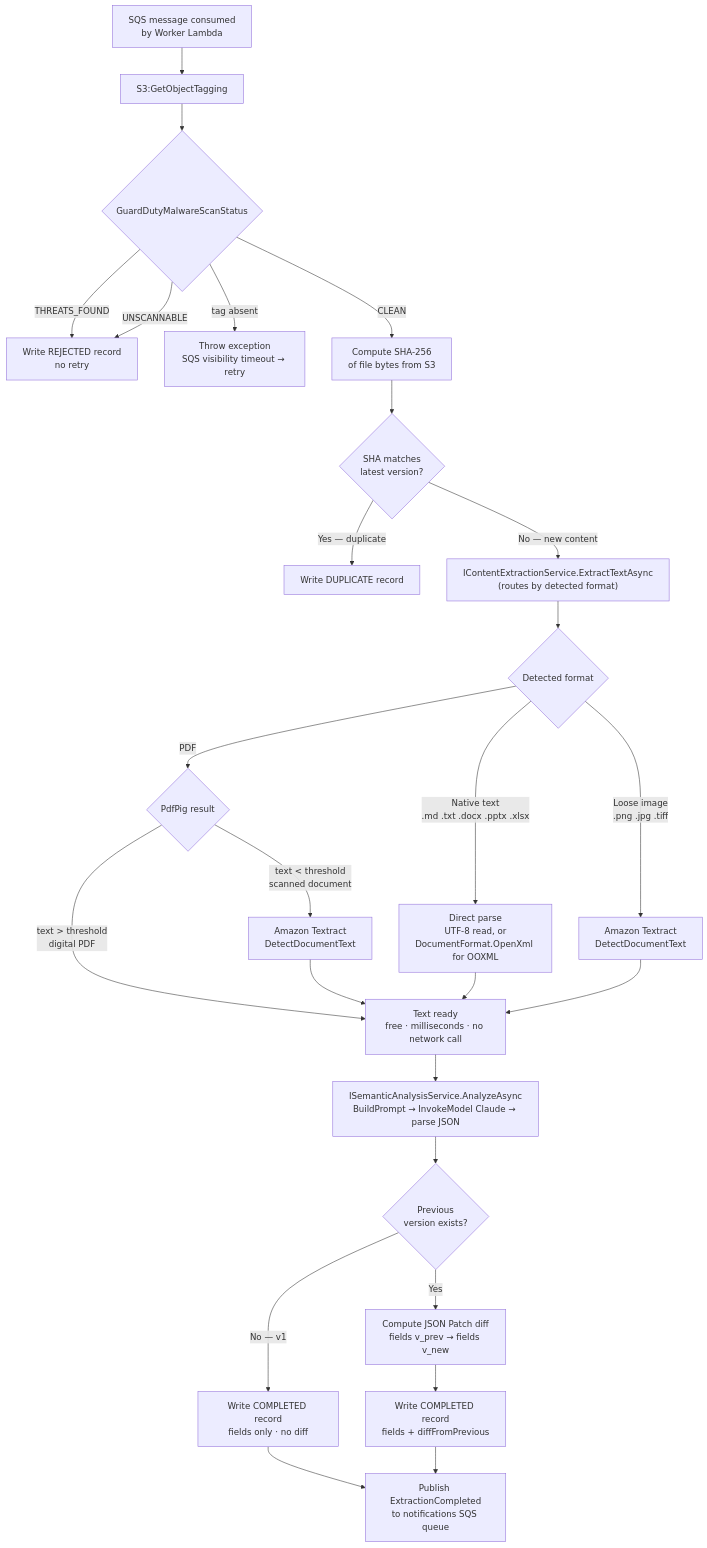
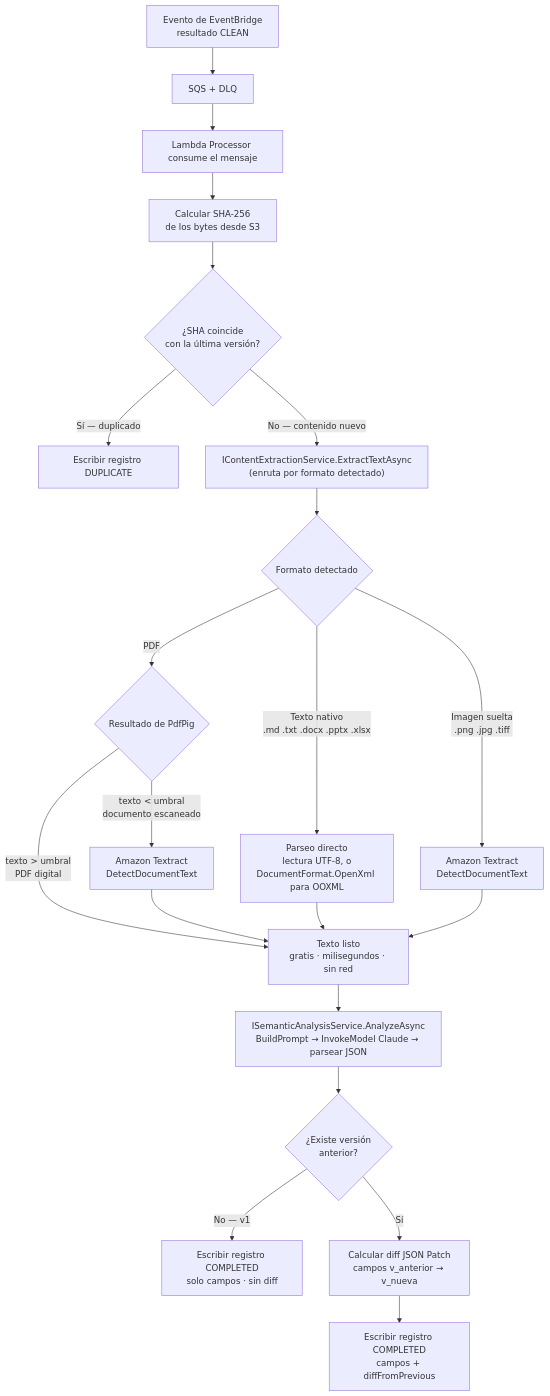
One commit to cincuentaydos/DocLens.Docs changed the fourth of 6 diagrams in docs/data-flow.md. Above: the diagram before and after it, drawn with Mermaid. The commit also changed other lines of this file and 25 other files, not shown here.

````diff
--- a/docs/data-flow.md
+++ b/docs/data-flow.md
@@ -117,34 +99,28 @@
 ```mermaid
 flowchart TD
-    A["SQS message consumed\nby Worker Lambda"] --> B["S3:GetObjectTagging"]
-    B --> C{GuardDutyMalwareScanStatus}
+    A["Evento de EventBridge\nresultado CLEAN"] --> B["SQS + DLQ"]
+    B --> C["Lambda Processor consume el mensaje"]
+    C --> D["Calcular SHA-256\nde los bytes desde S3"]
+    D --> E{"¿SHA coincide\ncon la última versión?"}
+    E -->|Sí — duplicado| F["Escribir registro DUPLICATE"]
+    E -->|No — contenido nuevo| G["IContentExtractionService.ExtractTextAsync\n(enruta por formato detectado)"]
 
-    C -->|THREATS_FOUND| D["Write REJECTED record\nno retry"]
-    C -->|UNSCANNABLE| D
-    C -->|tag absent| E["Throw exception\nSQS visibility timeout → retry"]
-    C -->|CLEAN| F["Compute SHA-256\nof file bytes from S3"]
-    F --> G{SHA matches\nlatest version?}
-    G -->|Yes — duplicate| H["Write DUPLICATE record"]
-    G -->|No — new content| I["IContentExtractionService.ExtractTextAsync\n(routes by detected format)"]
+    G --> G2{"Formato detectado"}
 
-    I --> I2{Detected format}
+    G2 -->|PDF| H{"Resultado de PdfPig"}
+    H -->|"texto > umbral\nPDF digital"| I["Texto listo\ngratis · milisegundos · sin red"]
+    H -->|"texto < umbral\ndocumento escaneado"| J["Amazon Textract\nDetectDocumentText"]
+    J --> I
 
-    I2 -->|PDF| J{PdfPig result}
-    J -->|"text > threshold\ndigital PDF"| K["Text ready\nfree · milliseconds · no network call"]
-    J -->|"text < threshold\nscanned document"| L["Amazon Textract\nDetectDocumentText"]
-    L --> K
+    G2 -->|"Texto nativo\n.md .txt .docx .pptx .xlsx"| K["Parseo directo\nlectura UTF-8, o\nDocumentFormat.OpenXml para OOXML"]
+    K --> I
 
-    I2 -->|"Native text\n.md .txt .docx .pptx .xlsx"| K2["Direct parse\nUTF-8 read, or\nDocumentFormat.OpenXml for OOXML"]
-    K2 --> K
+    G2 -->|"Imagen suelta\n.png .jpg .tiff"| L["Amazon Textract\nDetectDocumentText"]
+    L --> I
 
-    I2 -->|"Loose image\n.png .jpg .tiff"| L2["Amazon Textract\nDetectDocumentText"]
-    L2 --> K
-
-    K --> M["ISemanticAnalysisService.AnalyzeAsync\nBuildPrompt → InvokeModel Claude → parse JSON"]
-    M --> N{Previous\nversion exists?}
-    N -->|No — v1| O["Write COMPLETED record\nfields only · no diff"]
-    N -->|Yes| P["Compute JSON Patch diff\nfields v_prev → fields v_new"]
-    P --> Q["Write COMPLETED record\nfields + diffFromPrevious"]
-    O --> R["Publish ExtractionCompleted\nto notifications SQS queue"]
-    Q --> R
+    I --> M["ISemanticAnalysisService.AnalyzeAsync\nBuildPrompt → InvokeModel Claude → parsear JSON"]
+    M --> N{"¿Existe versión\nanterior?"}
+    N -->|No — v1| O["Escribir registro COMPLETED\nsolo campos · sin diff"]
+    N -->|Sí| P["Calcular diff JSON Patch\ncampos v_anterior → v_nueva"]
+    P --> Q["Escribir registro COMPLETED\ncampos + diffFromPrevious"]
 ```
````
